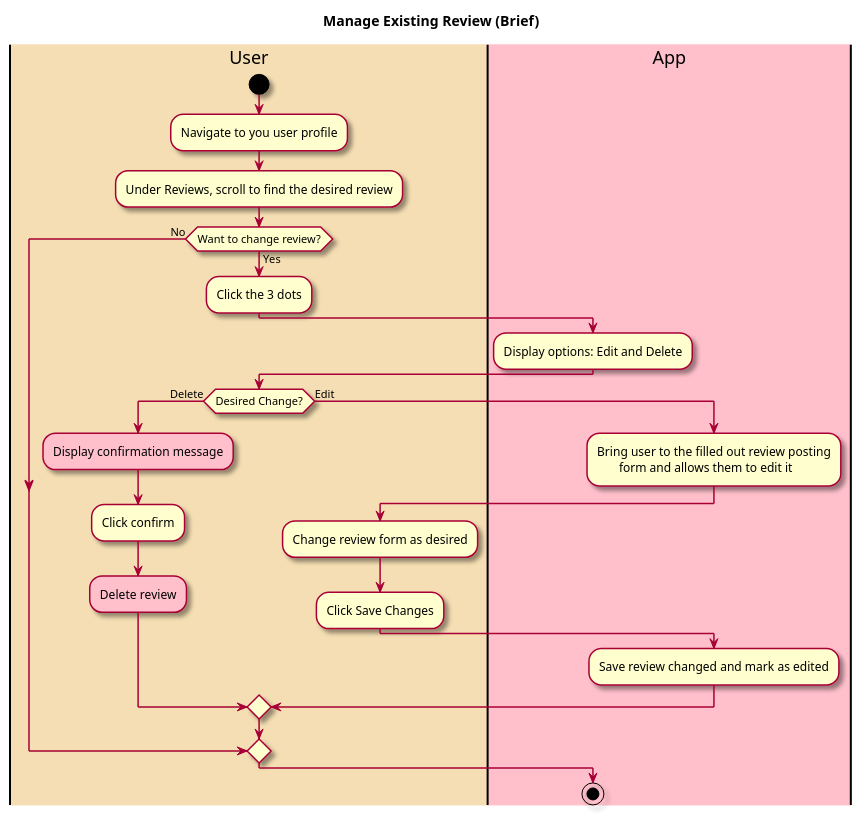
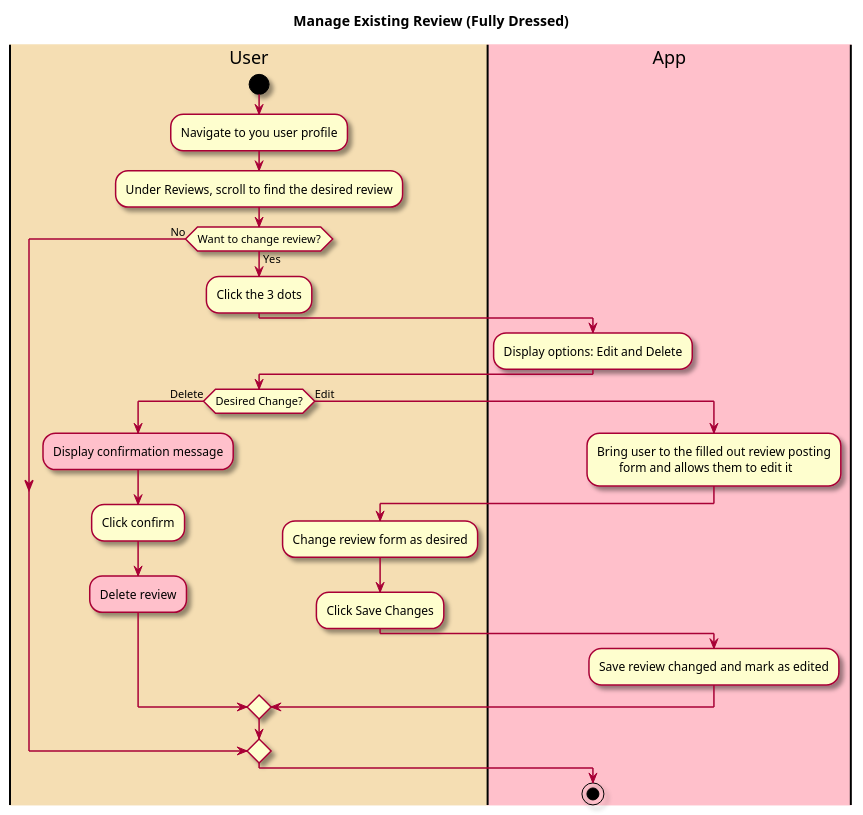
Before and after one commit to tanwasp/LunchBox-Android: the diagram in intellij/doc/use_cases/manage-review.md, drawn with PlantUML. The commit also changed 15 other files, not shown here.

````diff
--- a/intellij/doc/use_cases/manage-review.md
+++ b/intellij/doc/use_cases/manage-review.md
@@ -23,43 +23,43 @@
 ```plantuml
 @startuml
 
 skin rose
 
-title Manage Existing Review (Brief)
+title Manage Existing Review (Fully Dressed)
 
 |#wheat|User|
 |#pink|App|
 
 |User|
 start
 :Navigate to you user profile;
 :Under Reviews, scroll to find the desired review;
 
 if (Want to change review?) is (Yes) then 
   :Click the 3 dots;
   |App|
   :Display options: Edit and Delete;
   |User|
   if (Desired Change?) is (Delete) then
   |User|
   #pink:Display confirmation message;
   :Click confirm;
   #pink:Delete review;
   else (Edit) 
     |App|
     :Bring user to the filled out review posting 
            form and allows them to edit it;
     |User|
     :Change review form as desired;
     :Click Save Changes;
     |App|
     :Save review changed and mark as edited;
   endif
 
 else (No)
 endif
 
 stop
 
 @enduml
 ```
````
